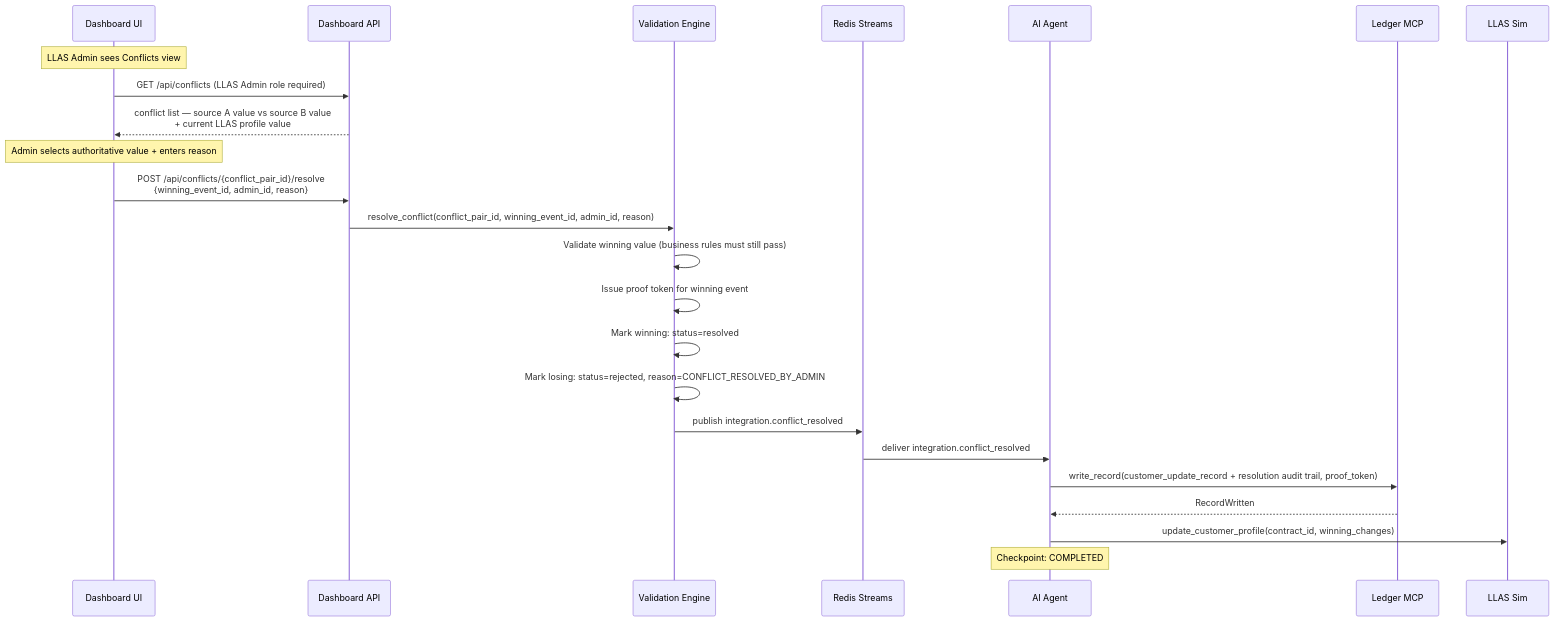
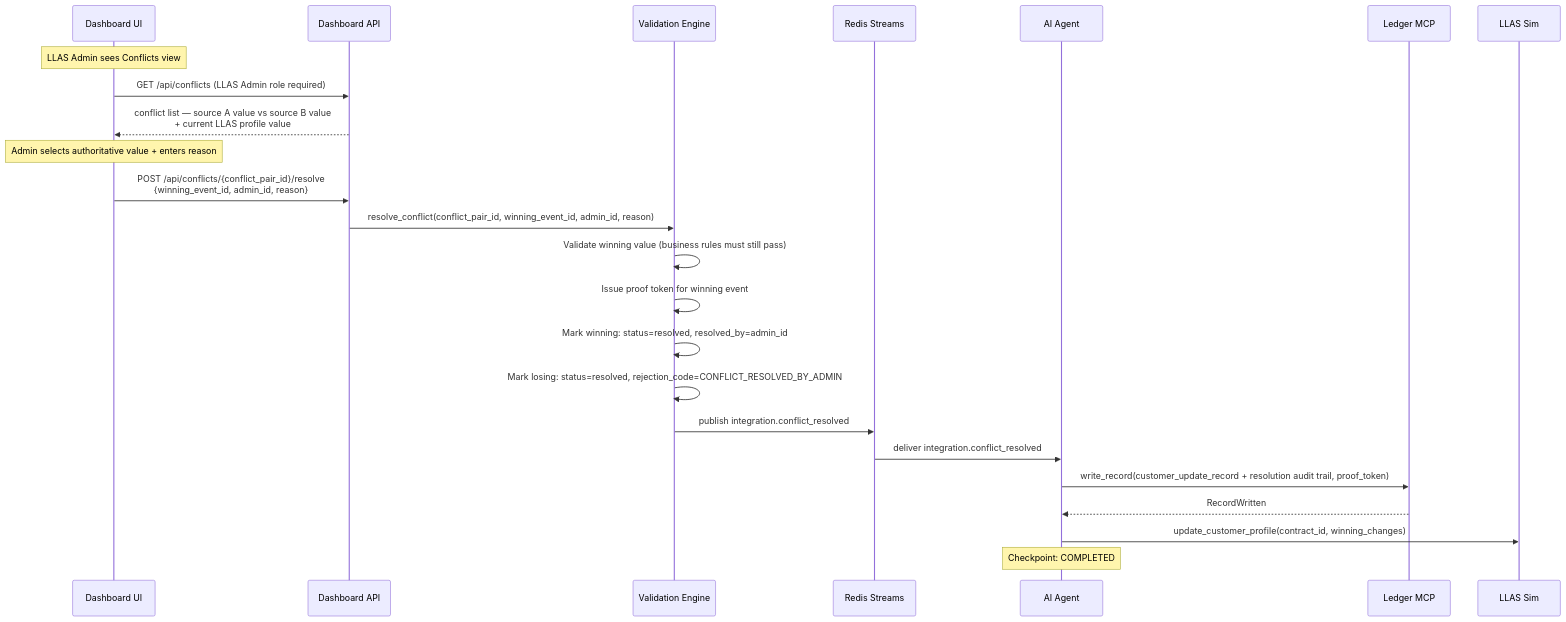
The sixth of 10 diagrams in docs/ARCHITECTURE.md (rame10566/smartledger), drawn with Mermaid before and after one commit. The commit also changed other lines of this file and 1 other file, not shown here.

First line of the commit message:
docs: add definitive status/state reference + fix stale enum values

````diff
--- a/docs/ARCHITECTURE.md
+++ b/docs/ARCHITECTURE.md
@@ -262,30 +262,30 @@
 ```mermaid
 sequenceDiagram
     participant UI as Dashboard UI
     participant DA as Dashboard API
     participant VAL as Validation Engine
     participant Bus as Redis Streams
     participant Agent as AI Agent
     participant LED as Ledger MCP
     participant LLAS as LLAS Sim
 
     Note over UI: LLAS Admin sees Conflicts view
     UI->>DA: GET /api/conflicts (LLAS Admin role required)
     DA-->>UI: conflict list — source A value vs source B value<br/>+ current LLAS profile value
 
     Note over UI: Admin selects authoritative value + enters reason
     UI->>DA: POST /api/conflicts/{conflict_pair_id}/resolve<br/>{winning_event_id, admin_id, reason}
     DA->>VAL: resolve_conflict(conflict_pair_id, winning_event_id, admin_id, reason)
 
     VAL->>VAL: Validate winning value (business rules must still pass)
     VAL->>VAL: Issue proof token for winning event
-    VAL->>VAL: Mark winning: status=resolved
-    VAL->>VAL: Mark losing: status=rejected, reason=CONFLICT_RESOLVED_BY_ADMIN
+    VAL->>VAL: Mark winning: status=resolved, resolved_by=admin_id
+    VAL->>VAL: Mark losing: status=resolved, rejection_code=CONFLICT_RESOLVED_BY_ADMIN
     VAL->>Bus: publish integration.conflict_resolved
 
     Bus->>Agent: deliver integration.conflict_resolved
     Agent->>LED: write_record(customer_update_record + resolution audit trail, proof_token)
     LED-->>Agent: RecordWritten
     Agent->>LLAS: update_customer_profile(contract_id, winning_changes)
     Note over Agent: Checkpoint: COMPLETED
 ```
````
